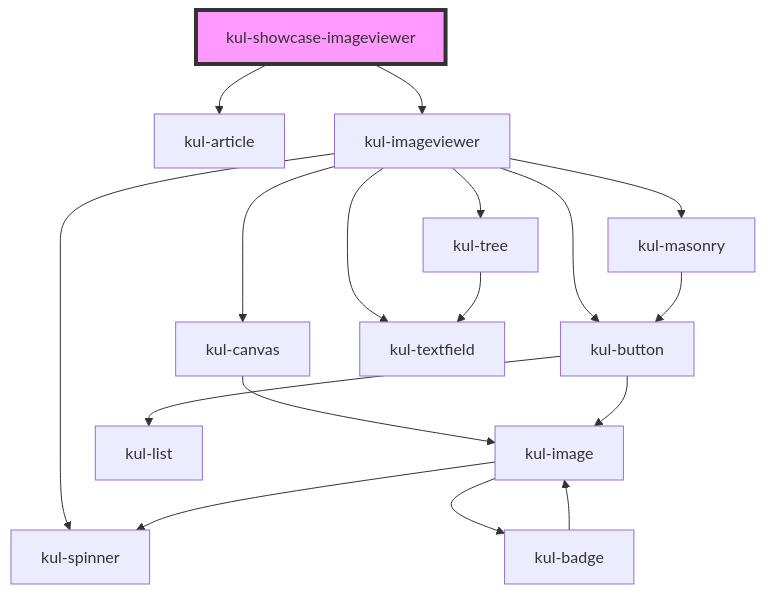
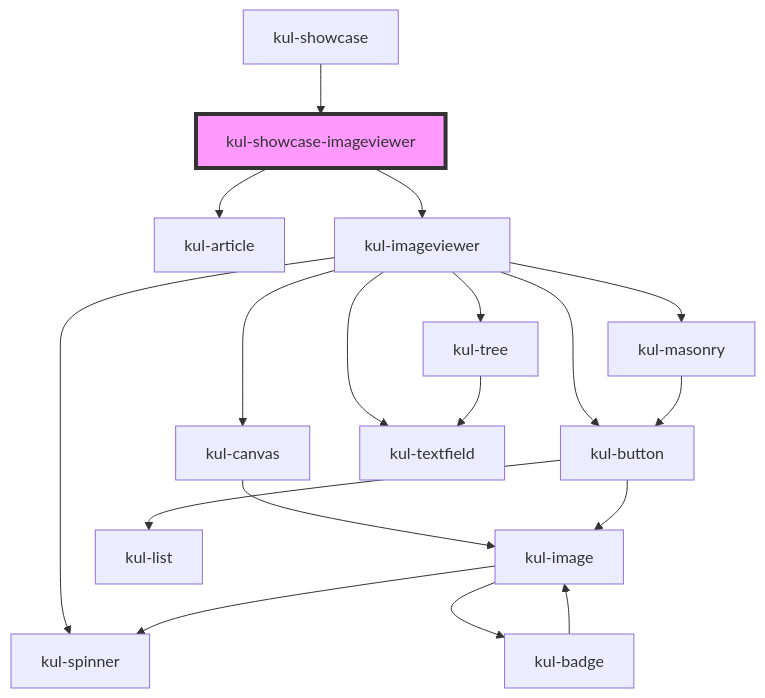
The diagram in packages/ketchup-lite/src/components/kul-showcase/components/imageviewer/readme.md (lucafoscili/ketchup-lite), drawn with Mermaid before and after one commit. The commit also changed other lines of this file and 45 other files, not shown here.

````diff
--- a/packages/ketchup-lite/src/components/kul-showcase/components/imageviewer/readme.md
+++ b/packages/ketchup-lite/src/components/kul-showcase/components/imageviewer/readme.md
@@ -24,20 +28,21 @@
 ```mermaid
 graph TD;
   kul-showcase-imageviewer --> kul-article
   kul-showcase-imageviewer --> kul-imageviewer
   kul-imageviewer --> kul-canvas
   kul-imageviewer --> kul-button
   kul-imageviewer --> kul-spinner
   kul-imageviewer --> kul-masonry
   kul-imageviewer --> kul-textfield
   kul-imageviewer --> kul-tree
   kul-canvas --> kul-image
   kul-image --> kul-spinner
   kul-image --> kul-badge
   kul-badge --> kul-image
   kul-button --> kul-image
   kul-button --> kul-list
   kul-masonry --> kul-button
   kul-tree --> kul-textfield
+  kul-showcase --> kul-showcase-imageviewer
   style kul-showcase-imageviewer fill:#f9f,stroke:#333,stroke-width:4px
 ```
````
